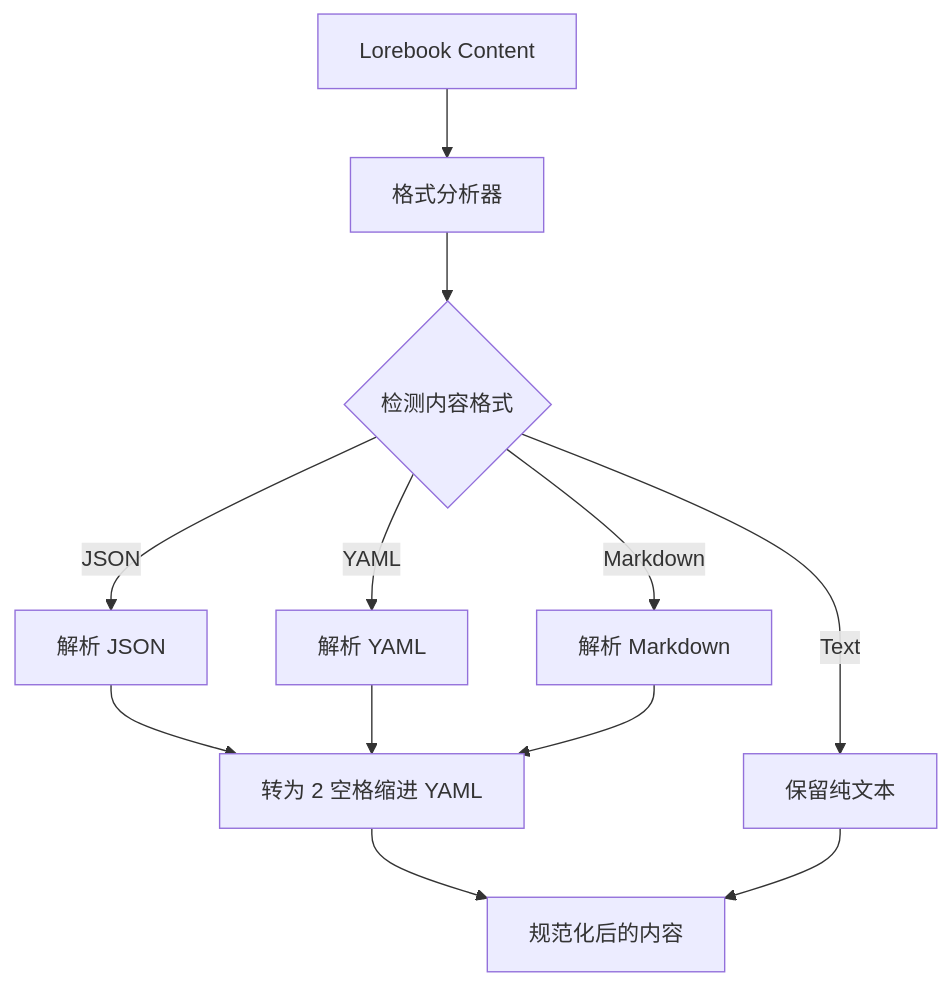
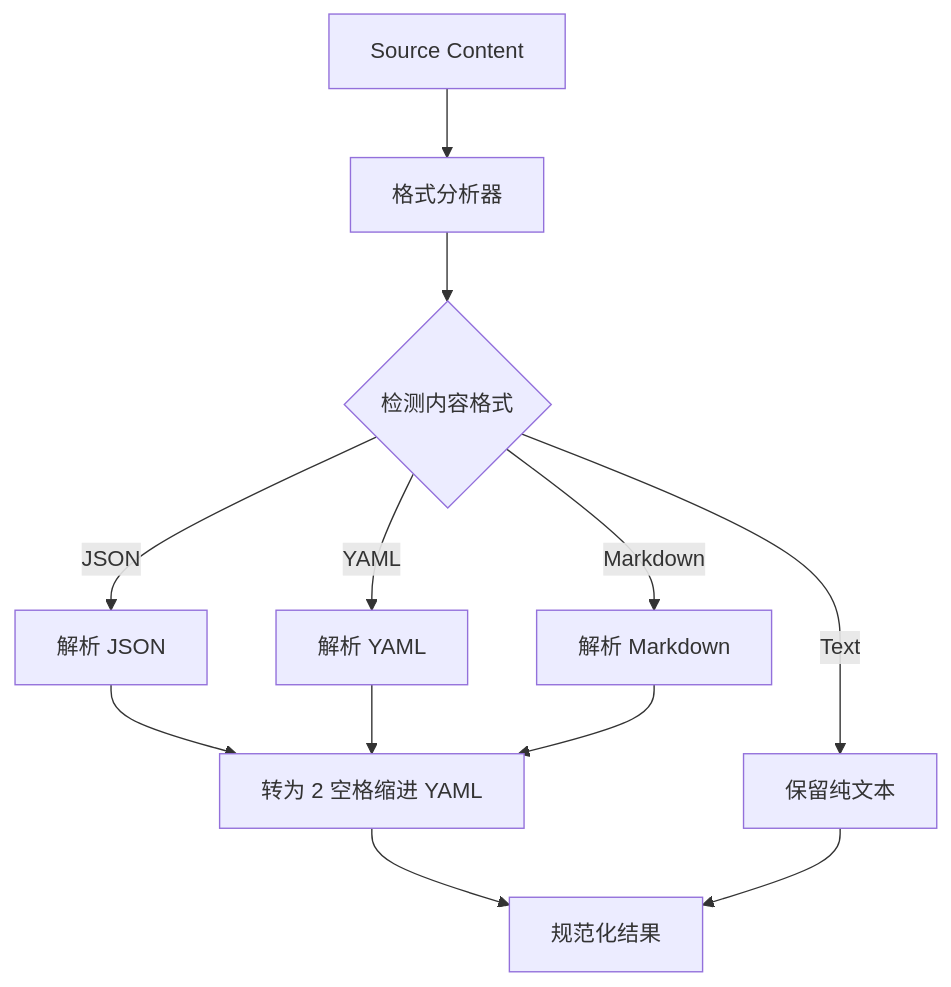
One commit to Abgetrennter/Clotho-Design changed the diagram in 00_active_specs/protocols/filament-input-format.md. Above: the diagram before and after it, drawn with Mermaid. The commit also changed other lines of this file and 12 other files, not shown here.

````diff
--- a/00_active_specs/protocols/filament-input-format.md
+++ b/00_active_specs/protocols/filament-input-format.md
@@ -118,18 +115,16 @@
 ```mermaid
 graph TD
-    Content[Lorebook Content] --> Analyzer[格式分析器]
+    Content[Source Content] --> Analyzer[格式分析器]
     Analyzer --> Detect{检测内容格式}
-    
+
     Detect -- JSON --> ParseJSON[解析 JSON]
     Detect -- YAML --> ParseYAML[解析 YAML]
     Detect -- Markdown --> ParseMD[解析 Markdown]
     Detect -- Text --> KeepText[保留纯文本]
-    
+
     ParseJSON --> Normalize[转为 2 空格缩进 YAML]
     ParseYAML --> Normalize
     ParseMD --> Normalize
-    
-    Normalize --> Final[规范化后的内容]
-    
+    Normalize --> Final[规范化结果]
     KeepText --> Final
 ```
````
